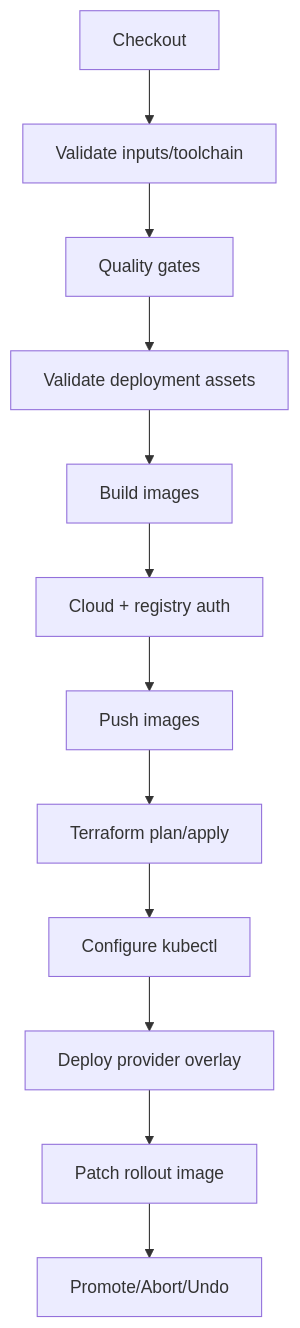
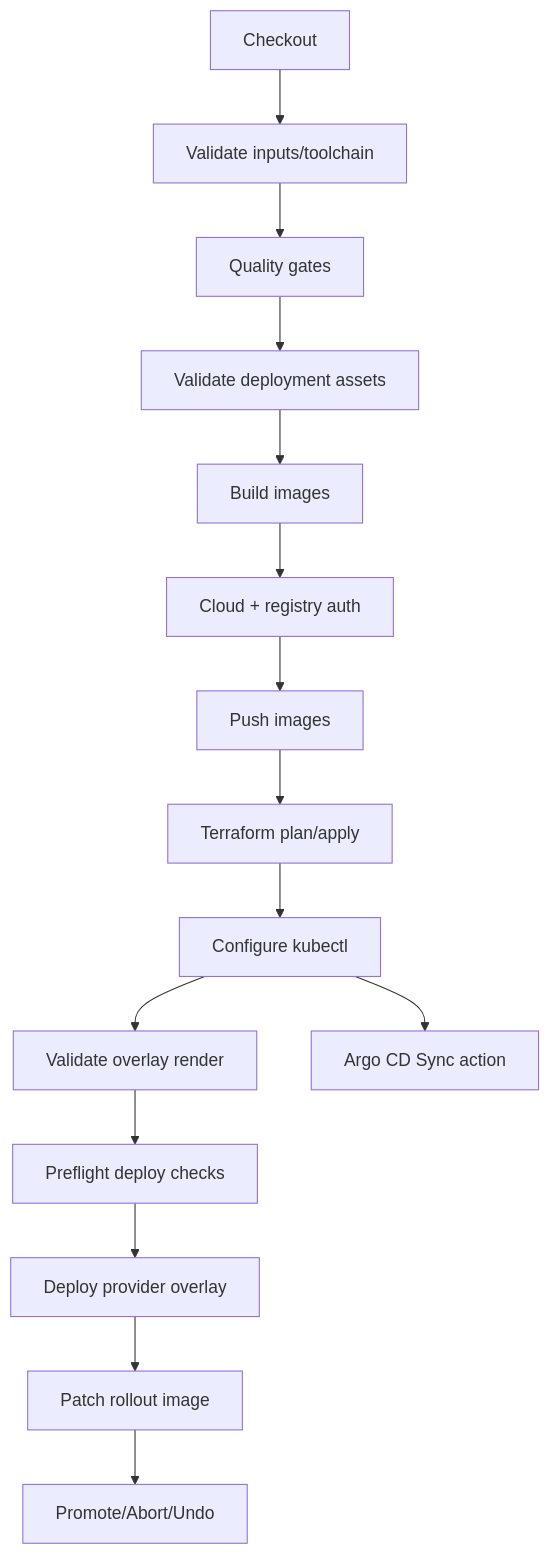
Before and after one commit to hoangsonww/Spot-the-Scam-AI-Job-Fraud: the diagram in ops/ci/jenkins/README.md, drawn with Mermaid. The commit also changed other lines of this file and 20 other files, not shown here.

Commit message:
feat: add Argo CD GitOps support with bootstrap and sync scripts

````diff
--- a/ops/ci/jenkins/README.md
+++ b/ops/ci/jenkins/README.md
@@ -26,14 +27,17 @@
 ```mermaid
 flowchart TD
     A[Checkout] --> B[Validate inputs/toolchain]
     B --> C[Quality gates]
     C --> D[Validate deployment assets]
     D --> E[Build images]
     E --> F[Cloud + registry auth]
     F --> G[Push images]
     G --> H[Terraform plan/apply]
     H --> I[Configure kubectl]
-    I --> J[Deploy provider overlay]
-    J --> K[Patch rollout image]
-    K --> L[Promote/Abort/Undo]
+    I --> J[Validate overlay render]
+    J --> K[Preflight deploy checks]
+    K --> L[Deploy provider overlay]
+    L --> M[Patch rollout image]
+    M --> N[Promote/Abort/Undo]
+    I --> O[Argo CD Sync action]
 ```
````
